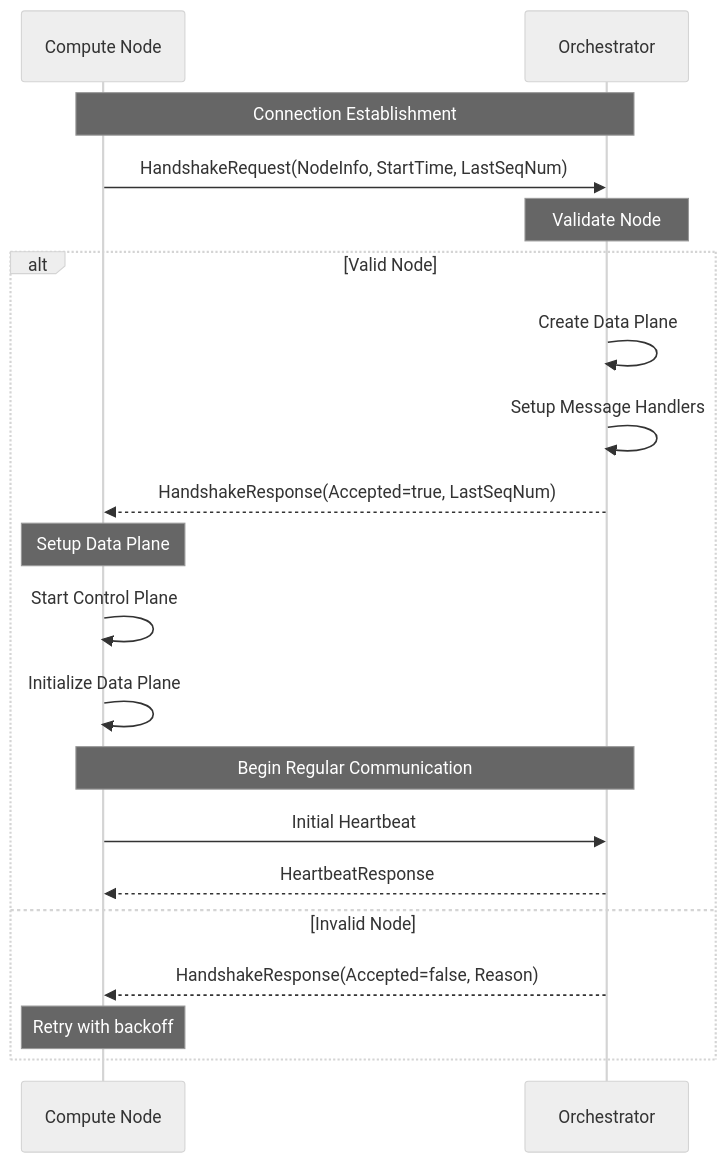
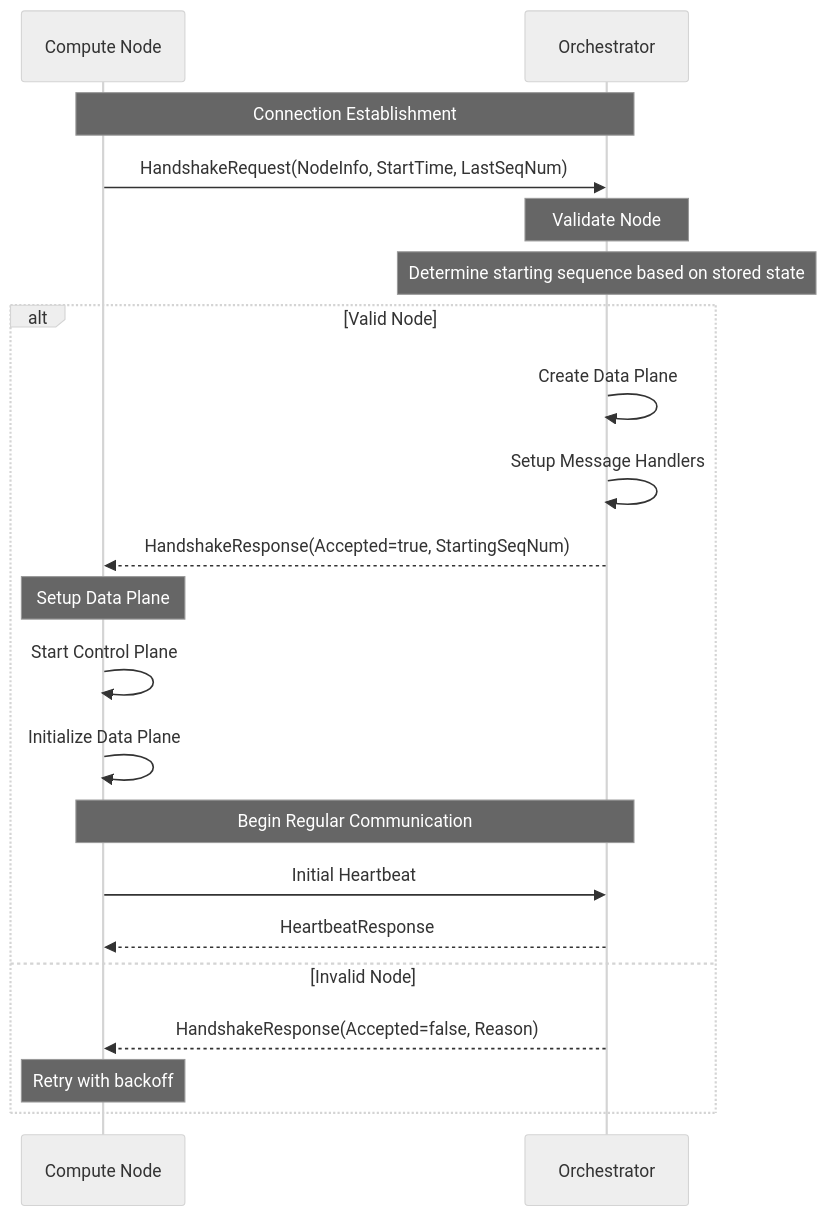
The first of 3 diagrams in pkg/transport/nclprotocol/README.md (bacalhau-project/bacalhau), drawn with Mermaid (neutral theme) before and after one commit. The commit also changed other lines of this file, not shown here.

First line of the commit message:
Update nclprotocol readme with seqNum exchange changes (#4779)

````diff
--- a/pkg/transport/nclprotocol/README.md
+++ b/pkg/transport/nclprotocol/README.md
@@ -196,26 +220,27 @@
 ```mermaid
 sequenceDiagram
     participant C as Compute Node
     participant O as Orchestrator
 
     Note over C,O: Connection Establishment
     C->>O: HandshakeRequest(NodeInfo, StartTime, LastSeqNum)
     
     Note over O: Validate Node
+    Note over O: Determine starting sequence based on stored state
     alt Valid Node
         O->>O: Create Data Plane
         O->>O: Setup Message Handlers
-        O-->>C: HandshakeResponse(Accepted=true, LastSeqNum)
+        O-->>C: HandshakeResponse(Accepted=true, StartingSeqNum)
         
         Note over C: Setup Data Plane
         C->>C: Start Control Plane
         C->>C: Initialize Data Plane
         
         Note over C,O: Begin Regular Communication
         C->>O: Initial Heartbeat
         O-->>C: HeartbeatResponse
     else Invalid Node
         O-->>C: HandshakeResponse(Accepted=false, Reason)
         Note over C: Retry with backoff
     end
 ```
````
